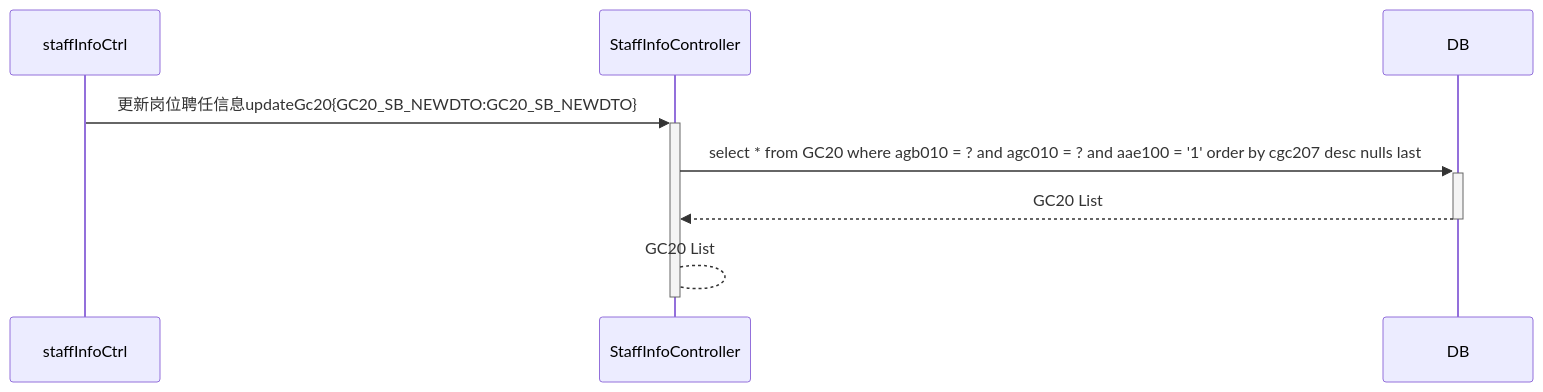
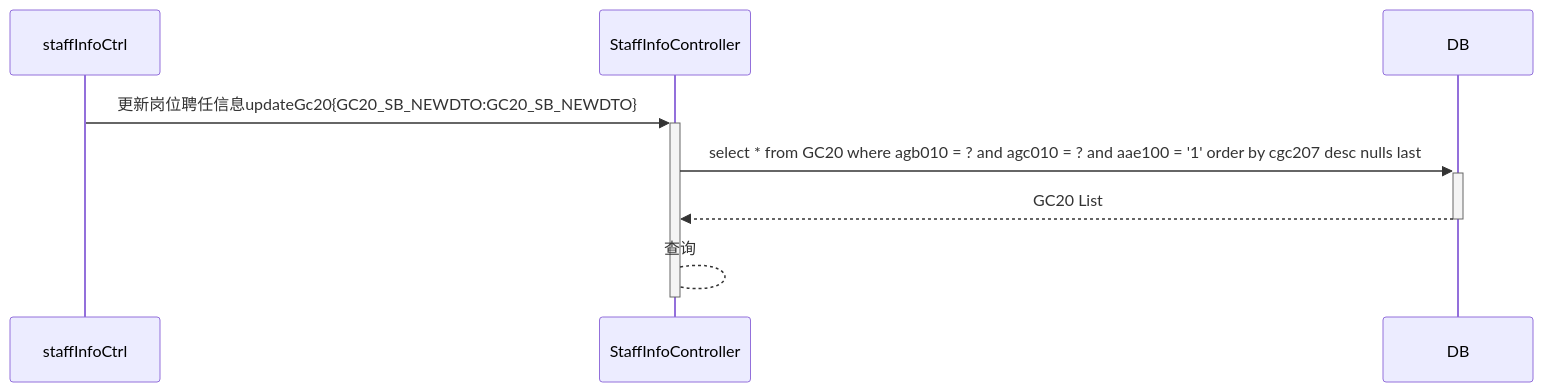
Before and after one commit to ZhangJianBeiJing/iodraw-files: the diagram in all/未命名.md, drawn with Mermaid.

Commit message:
2025-03-24 18:56:29 update

````diff
--- a/all/未命名.md
+++ b/all/未命名.md
@@ -1,7 +1,7 @@
 ```mermaid
 sequenceDiagram
     staffInfoCtrl->>+StaffInfoController:更新岗位聘任信息updateGc20{GC20_SB_NEWDTO:GC20_SB_NEWDTO}
     StaffInfoController->>+DB:select * from GC20 where agb010 = ? and agc010 = ? and aae100 = '1' order by cgc207 desc nulls last
     DB-->>-StaffInfoController:GC20 List
-    StaffInfoController-->-StaffInfoController:    GC20 List
+    StaffInfoController-->-StaffInfoController:查询
 ```
````
